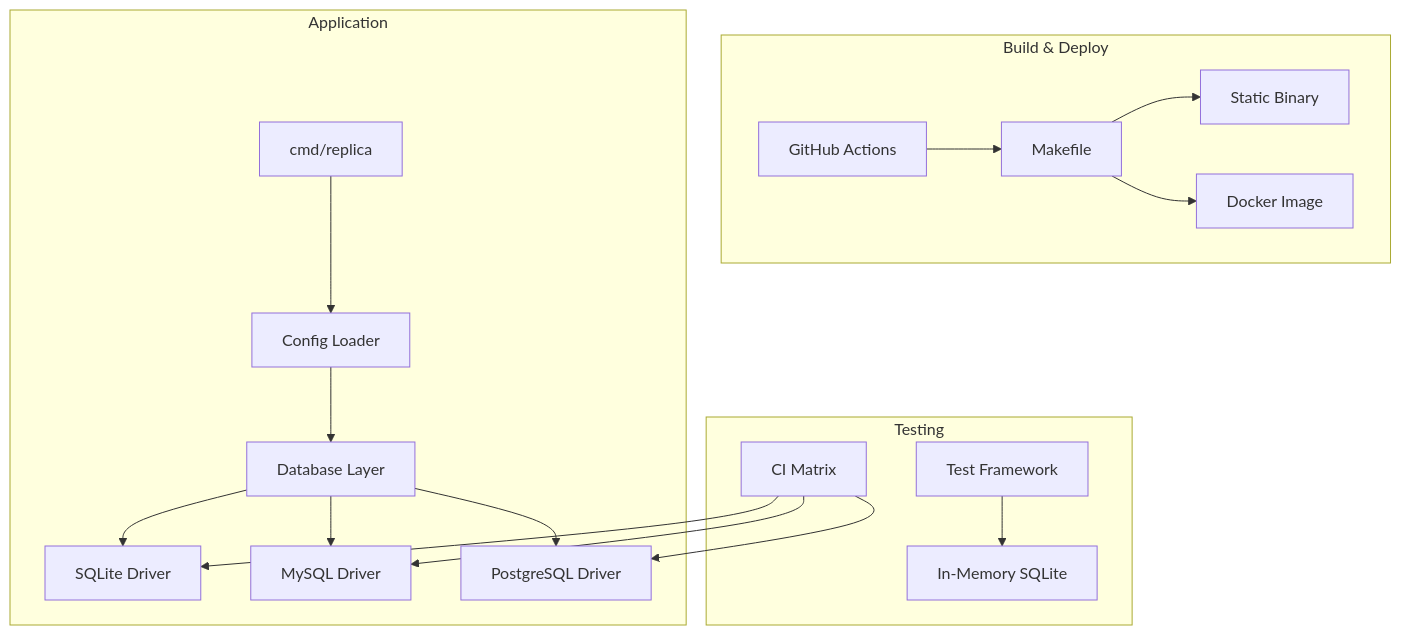
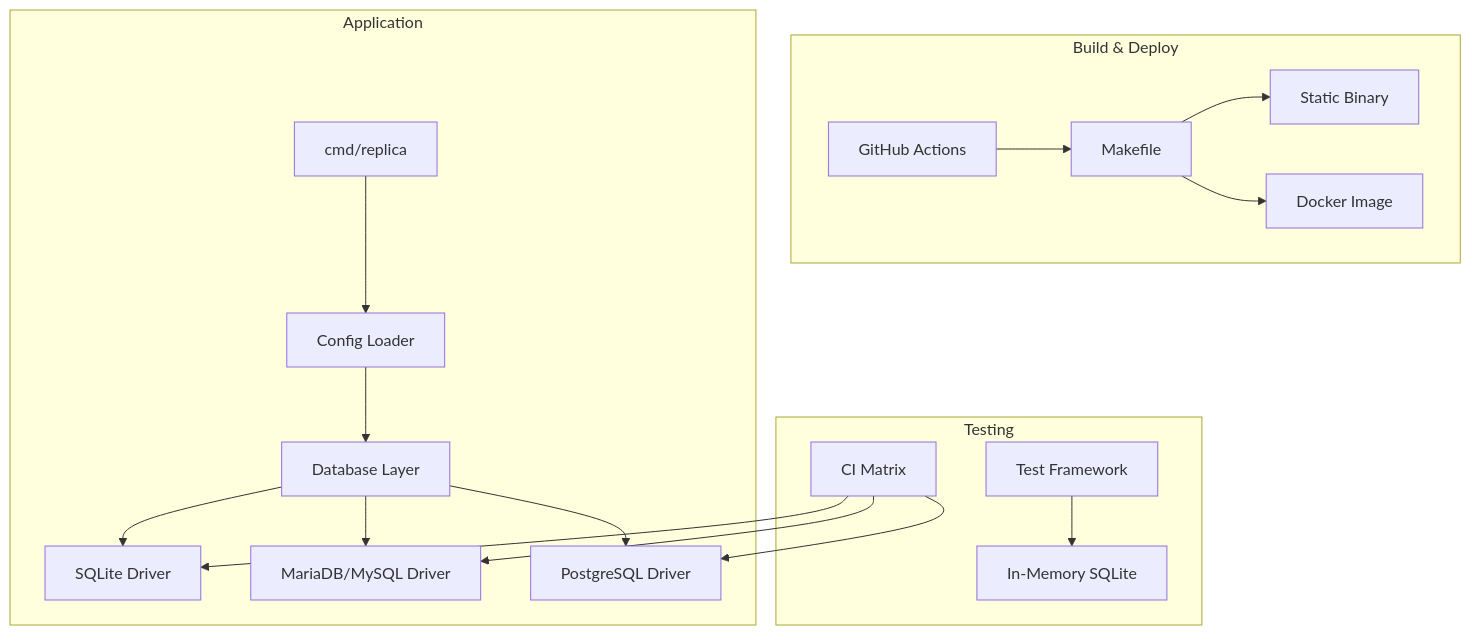
Before and after one commit to deviantintegral/replica: the diagram in .ai/task-manager/plans/01--foundation/plan-01--foundation.md, drawn with Mermaid. The commit also changed other lines of this file and 2 other files, not shown here.

Commit message:
docs: use mariadb, driver updates

````diff
--- a/.ai/task-manager/plans/01--foundation/plan-01--foundation.md
+++ b/.ai/task-manager/plans/01--foundation/plan-01--foundation.md
@@ -63,23 +87,23 @@
 ```mermaid
 graph TB
     subgraph "Build & Deploy"
         MK[Makefile] --> BIN[Static Binary]
         MK --> DOCKER[Docker Image]
         GHA[GitHub Actions] --> MK
     end
 
     subgraph "Application"
         CMD[cmd/replica] --> CFG[Config Loader]
         CFG --> DB[Database Layer]
         DB --> SQLITE[SQLite Driver]
-        DB --> MYSQL[MySQL Driver]
+        DB --> MYSQL[MariaDB/MySQL Driver]
         DB --> PG[PostgreSQL Driver]
     end
 
     subgraph "Testing"
         TEST[Test Framework] --> MEM[In-Memory SQLite]
         CI[CI Matrix] --> SQLITE
         CI --> MYSQL
         CI --> PG
     end
 ```
````
